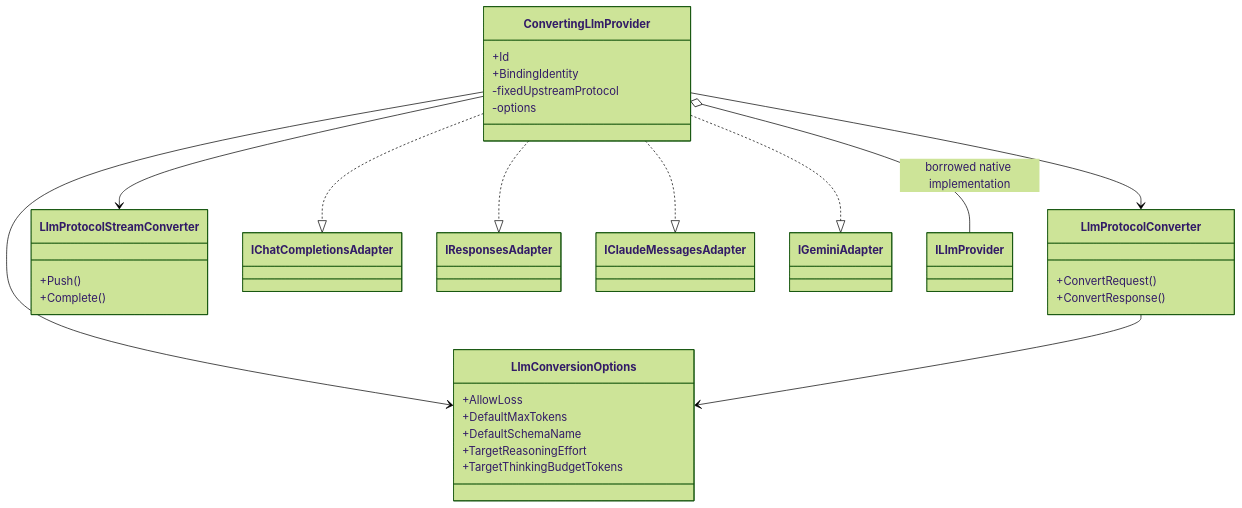
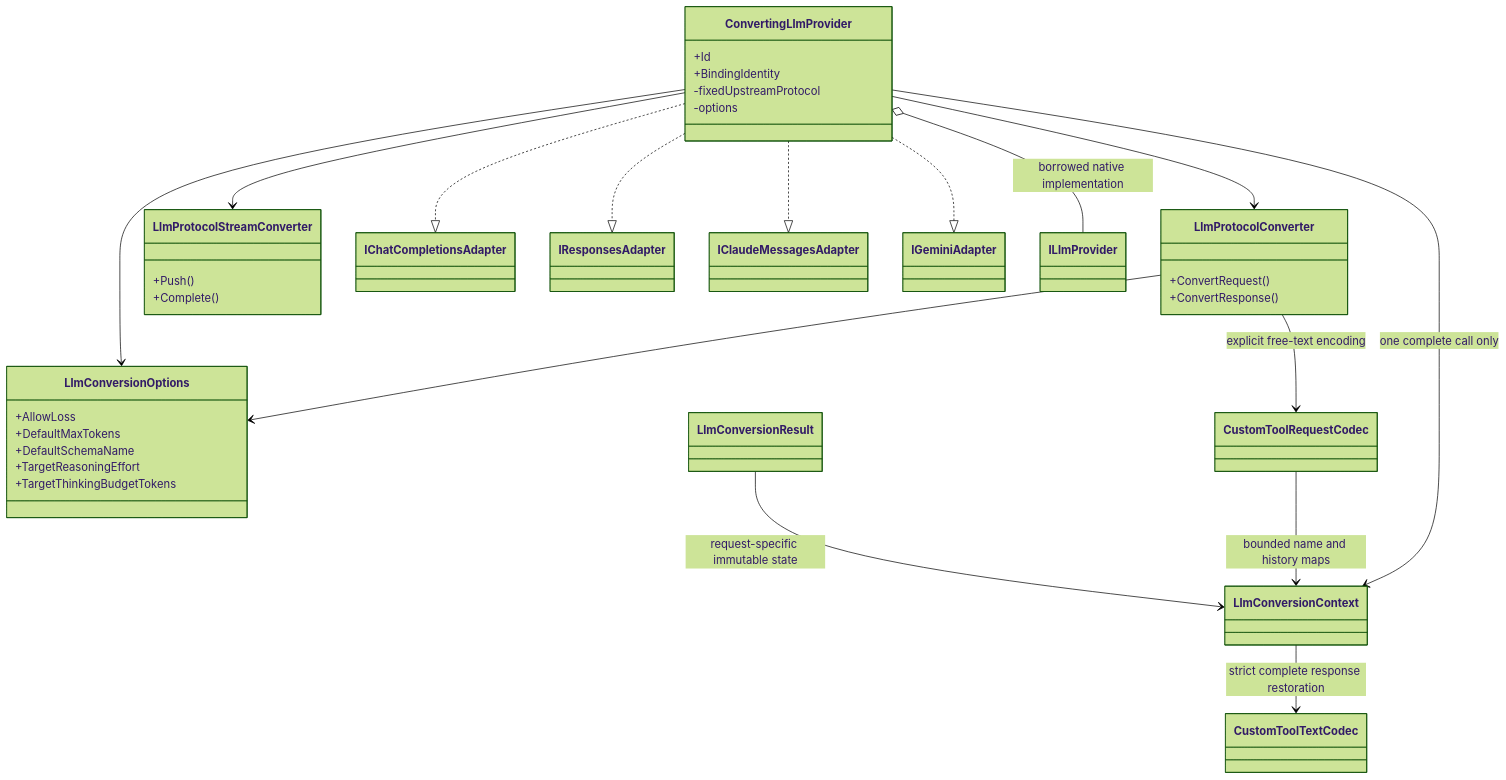
One commit to BenLampson/Asgard.Loki changed the seventh of 8 diagrams in docs/architecture.md. Above: the diagram before and after it, drawn with Mermaid (forest theme). The commit also changed other lines of this file and 17 other files, not shown here.

Commit message:
feat(conversion): restore free-text custom tools in complete calls

````diff
--- a/docs/architecture.md
+++ b/docs/architecture.md
@@ -240,33 +240,38 @@
 ```mermaid
 classDiagram
 class ConvertingLlmProvider {
   +Id
   +BindingIdentity
   -fixedUpstreamProtocol
   -options
 }
 class LlmProtocolConverter {
   +ConvertRequest()
   +ConvertResponse()
 }
 class LlmProtocolStreamConverter {
   +Push()
   +Complete()
 }
 class LlmConversionOptions {
   +AllowLoss
   +DefaultMaxTokens
   +DefaultSchemaName
   +TargetReasoningEffort
   +TargetThinkingBudgetTokens
 }
 ConvertingLlmProvider ..|> IChatCompletionsAdapter
 ConvertingLlmProvider ..|> IResponsesAdapter
 ConvertingLlmProvider ..|> IClaudeMessagesAdapter
 ConvertingLlmProvider ..|> IGeminiAdapter
 ConvertingLlmProvider o-- ILlmProvider : borrowed native implementation
 ConvertingLlmProvider --> LlmProtocolConverter
 ConvertingLlmProvider --> LlmProtocolStreamConverter
 ConvertingLlmProvider --> LlmConversionOptions
 LlmProtocolConverter --> LlmConversionOptions
+LlmConversionResult --> LlmConversionContext : request-specific immutable state
+LlmProtocolConverter --> CustomToolRequestCodec : explicit free-text encoding
+CustomToolRequestCodec --> LlmConversionContext : bounded name and history maps
+LlmConversionContext --> CustomToolTextCodec : strict complete response restoration
+ConvertingLlmProvider --> LlmConversionContext : one complete call only
 ```
````
